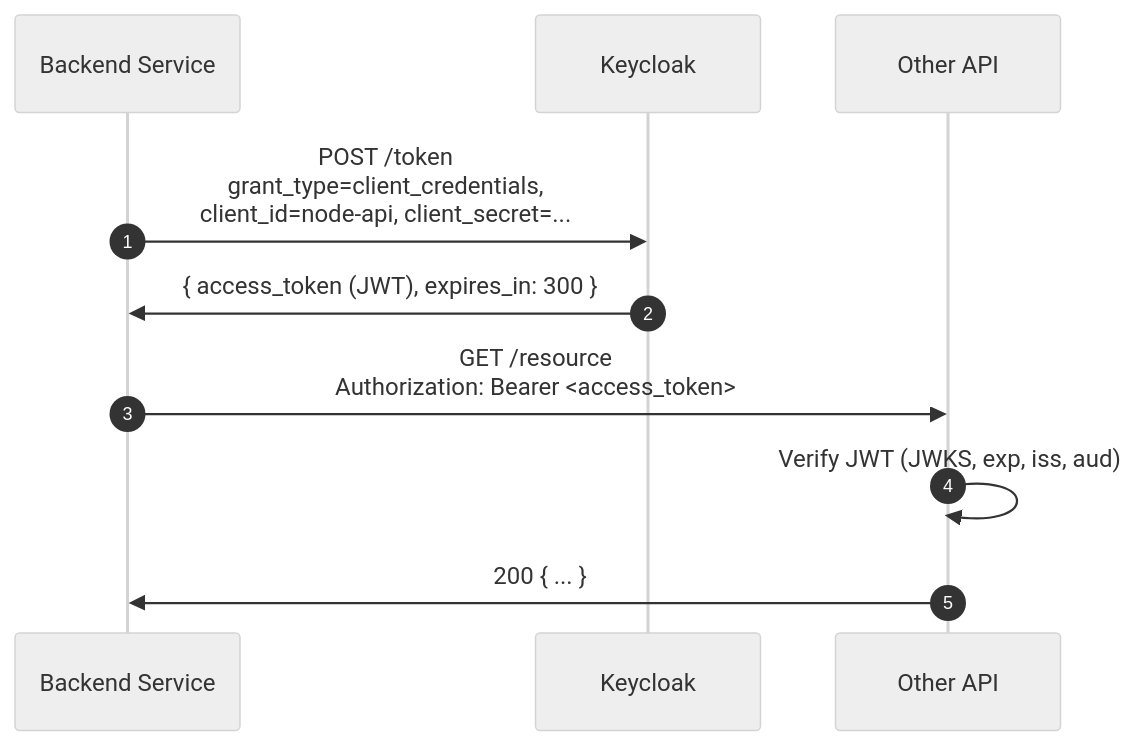
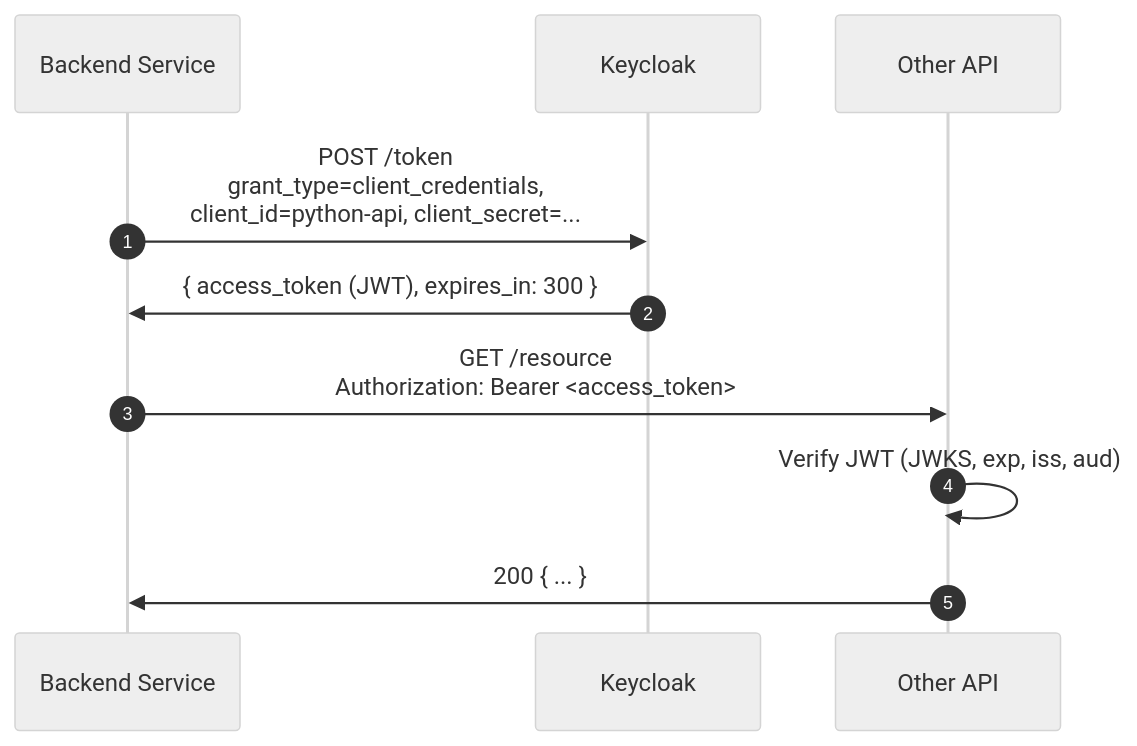
One commit to rytisss/keyclock_playground changed the second of 3 diagrams in docs/03-oidc-flow.md. Above: the diagram before and after it, drawn with Mermaid (neutral theme). The commit also changed other lines of this file, not shown here.

Commit message:
docs/03: rename playground -> cvdlink, Node API -> Python API

````diff
--- a/docs/03-oidc-flow.md
+++ b/docs/03-oidc-flow.md
@@ -90,13 +90,13 @@
 ```mermaid
 sequenceDiagram
     autonumber
     participant Svc as Backend Service
     participant KC as Keycloak
     participant API as Other API
 
-    Svc->>KC: POST /token<br/>grant_type=client_credentials,<br/>client_id=node-api, client_secret=...
+    Svc->>KC: POST /token<br/>grant_type=client_credentials,<br/>client_id=python-api, client_secret=...
     KC->>Svc: { access_token (JWT), expires_in: 300 }
     Svc->>API: GET /resource<br/>Authorization: Bearer <access_token>
     API->>API: Verify JWT (JWKS, exp, iss, aud)
     API->>Svc: 200 { ... }
 ```
````
